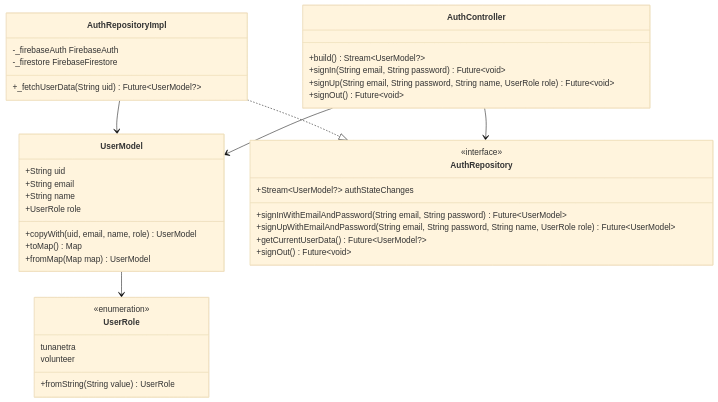
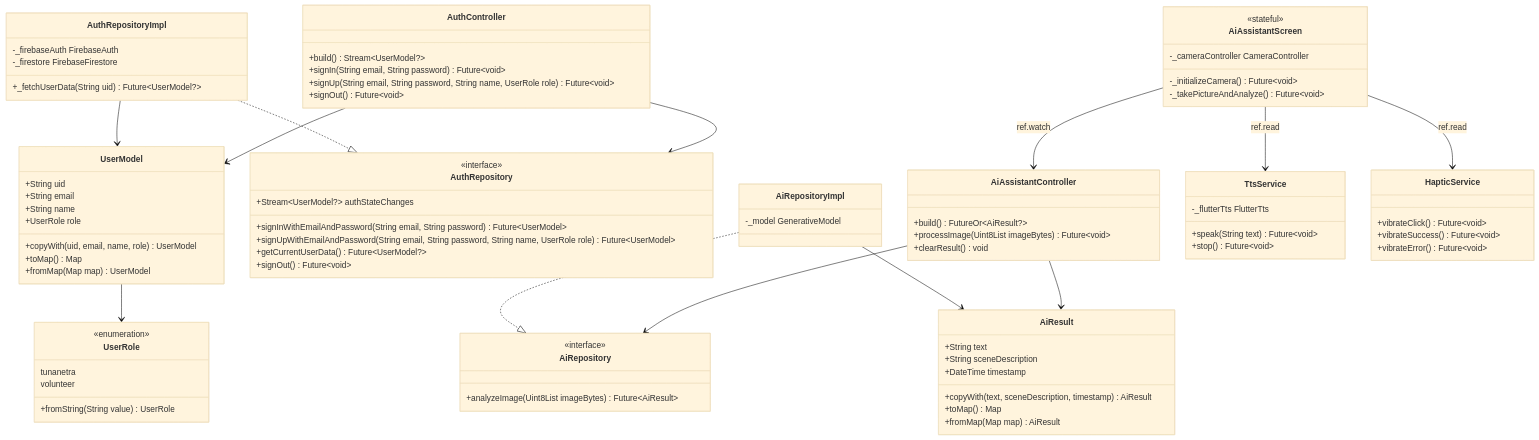
Before and after one commit to re1c/TemanNetra: the diagram in README.md, drawn with Mermaid (base theme). The commit also changed other lines of this file and 11 other files, not shown here.

Commit message:
feat: implement accessible camera UI and centralized TTS/Haptic services

````diff
--- a/README.md
+++ b/README.md
@@ -81,9 +81,61 @@
         +signOut() Future~void~
     }
 
+    class AiResult {
+        +String text
+        +String sceneDescription
+        +DateTime timestamp
+        +copyWith(text, sceneDescription, timestamp) AiResult
+        +toMap() Map
+        +fromMap(Map map) AiResult
+    }
+
+    class AiRepository {
+        <<interface>>
+        +analyzeImage(Uint8List imageBytes) Future~AiResult~
+    }
+
+    class AiRepositoryImpl {
+        -_model GenerativeModel
+    }
+
+    class AiAssistantController {
+        +build() FutureOr~AiResult?~
+        +processImage(Uint8List imageBytes) Future~void~
+        +clearResult() void
+    }
+
+    class TtsService {
+        -_flutterTts FlutterTts
+        +speak(String text) Future~void~
+        +stop() Future~void~
+    }
+
+    class HapticService {
+        +vibrateClick() Future~void~
+        +vibrateSuccess() Future~void~
+        +vibrateError() Future~void~
+    }
+
+    class AiAssistantScreen {
+        <<stateful>>
+        -_cameraController CameraController
+        -_initializeCamera() Future~void~
+        -_takePictureAndAnalyze() Future~void~
+    }
+
     UserModel --> UserRole
     AuthRepositoryImpl ..|> AuthRepository
     AuthRepositoryImpl --> UserModel
     AuthController --> AuthRepository
     AuthController --> UserModel
+
+    AiRepositoryImpl ..|> AiRepository
+    AiRepositoryImpl --> AiResult
+    AiAssistantController --> AiRepository
+    AiAssistantController --> AiResult
+
+    AiAssistantScreen --> AiAssistantController : ref.watch
+    AiAssistantScreen --> TtsService : ref.read
+    AiAssistantScreen --> HapticService : ref.read
 ```
````
